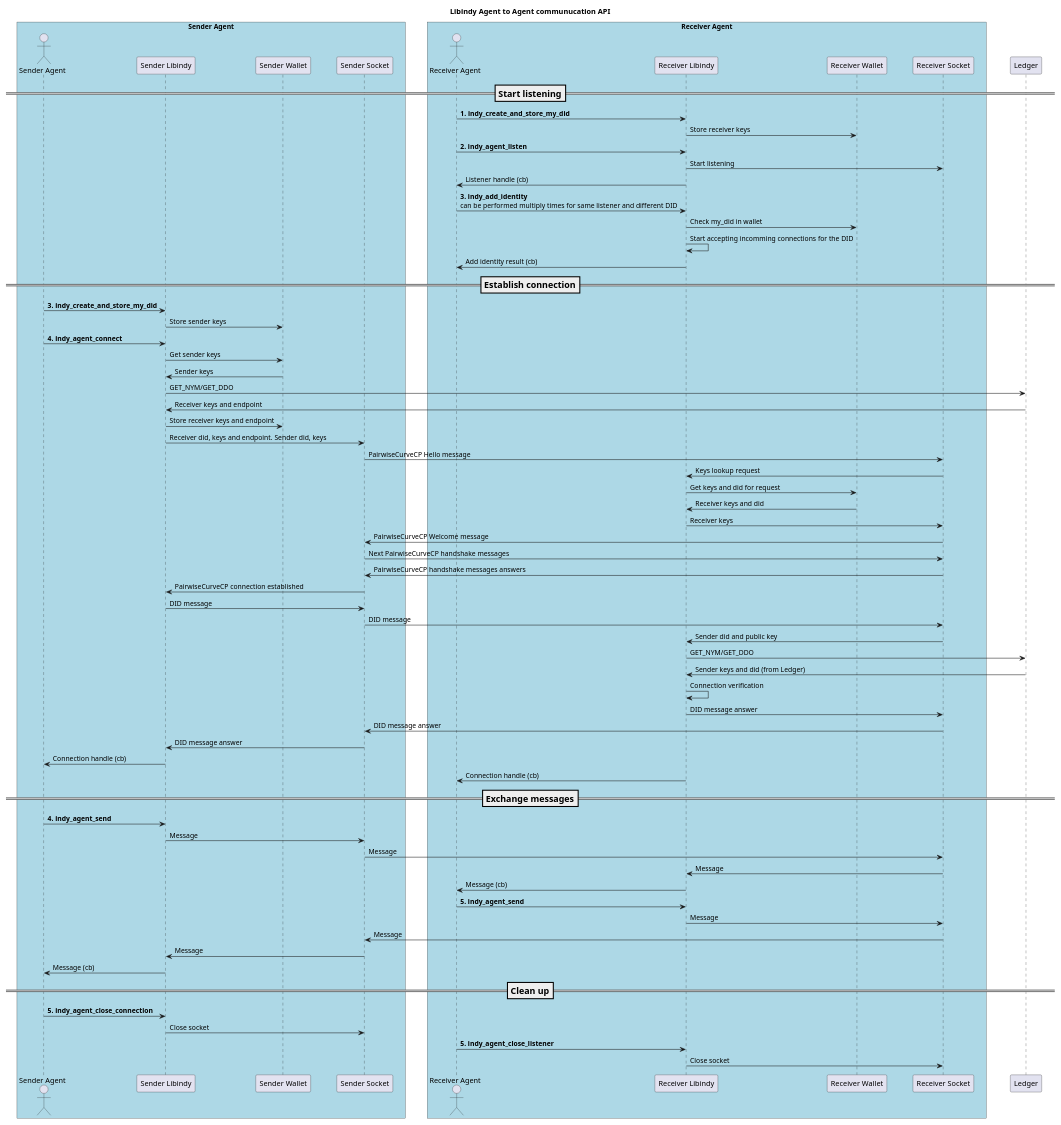
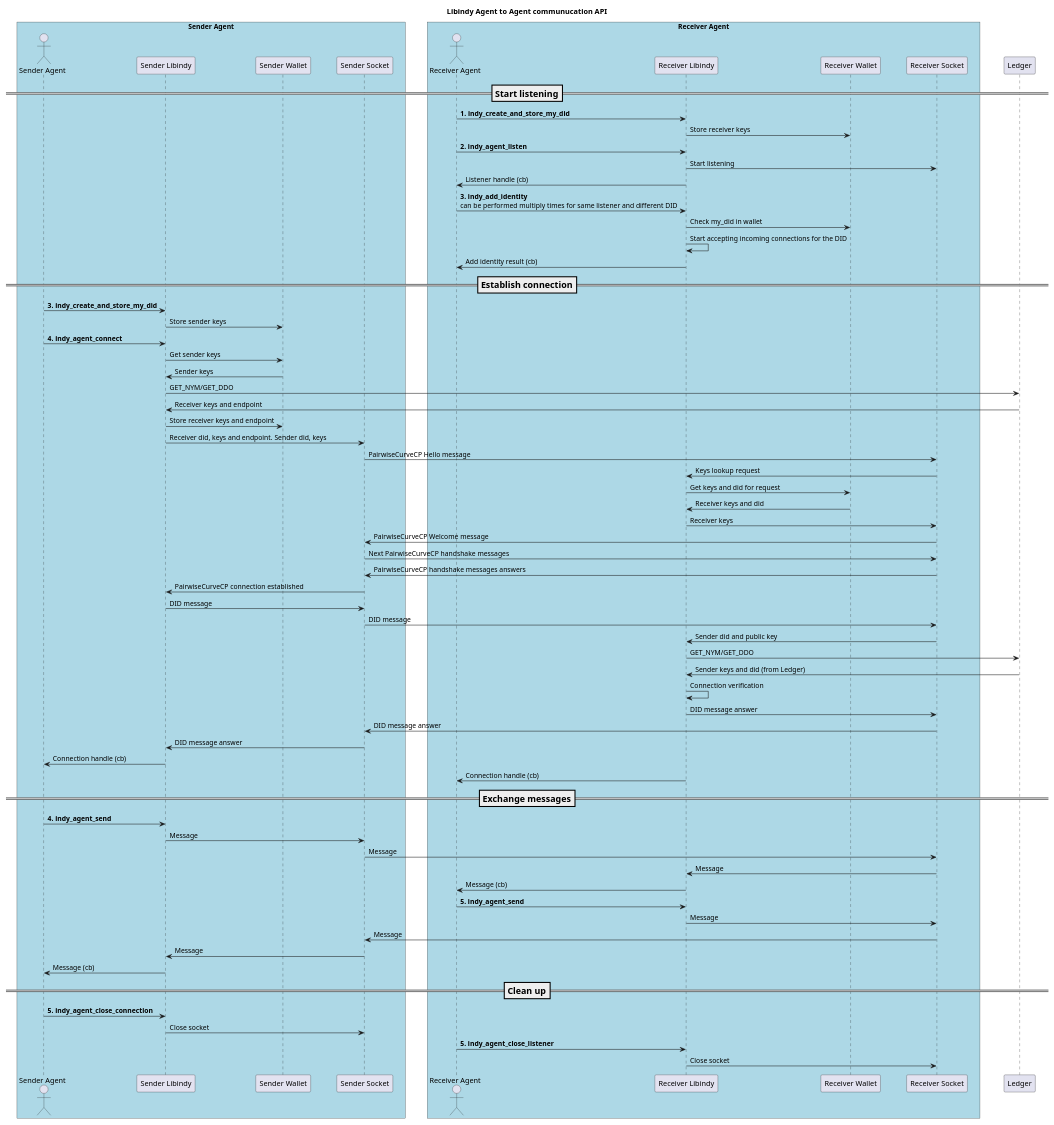
Before and after one commit to hyperledger-archives/indy-sdk: the diagram in doc/libindy-agent-2-agent.puml, drawn with PlantUML. The commit also changed 81 other files, not shown here.

```diff
--- a/doc/libindy-agent-2-agent.puml
+++ b/doc/libindy-agent-2-agent.puml
@@ -1,98 +1,98 @@
 @startuml
 skinparam ParticipantPadding 20
 skinparam BoxPadding 20
 
 title Libindy Agent to Agent communucation API
 scale 0.9
 
 box "Sender Agent" #LightBlue
 actor "Sender Agent" as SA
 participant "Sender Libindy" as SL
 participant "Sender Wallet" as SW
 participant "Sender Socket" as SS
 endbox
 
 box "Receiver Agent" #LightBlue
 actor "Receiver Agent" as RA
 participant "Receiver Libindy" as RL
 participant "Receiver Wallet" as RW
 participant "Receiver Socket" as RS
 endbox
 
 participant "Ledger" as L
 
 === Start listening ==
 
 RA -> RL: <b>1. indy_create_and_store_my_did
 RL -> RW: Store receiver keys
 
 RA -> RL: <b>2. indy_agent_listen
 RL -> RS: Start listening
 RL -> RA: Listener handle (cb)
 
 RA -> RL: <b>3. indy_add_identity \ncan be performed multiply times for same listener and different DID
 RL -> RW: Check my_did in wallet
-RL -> RL: Start accepting incomming connections for the DID
+RL -> RL: Start accepting incoming connections for the DID
 RL -> RA: Add identity result (cb)
 
 === Establish connection ==
 
 SA -> SL: <b>3. indy_create_and_store_my_did
 SL -> SW: Store sender keys
 
 SA -> SL: <b>4. indy_agent_connect
 SL -> SW: Get sender keys
 SW -> SL: Sender keys
 SL -> L: GET_NYM/GET_DDO
 L -> SL: Receiver keys and endpoint
 SL -> SW: Store receiver keys and endpoint
 
 SL -> SS: Receiver did, keys and endpoint. Sender did, keys
 
 SS -> RS: PairwiseCurveCP Hello message
 RS -> RL: Keys lookup request
 RL -> RW: Get keys and did for request
 RW -> RL: Receiver keys and did
 RL -> RS: Receiver keys
 RS -> SS: PairwiseCurveCP Welcome message
 
 SS -> RS: Next PairwiseCurveCP handshake messages
 RS -> SS: PairwiseCurveCP handshake messages answers
 
 SS -> SL: PairwiseCurveCP connection established
 
 SL -> SS: DID message
 SS -> RS: DID message
 RS -> RL: Sender did and public key
 RL -> L: GET_NYM/GET_DDO
 L -> RL: Sender keys and did (from Ledger)
 RL -> RL: Connection verification
 RL -> RS: DID message answer
 RS -> SS: DID message answer
 SS -> SL: DID message answer
 SL -> SA: Connection handle (cb)
 RL -> RA: Connection handle (cb)
 
 === Exchange messages ==
 
 SA -> SL: <b>4. indy_agent_send
 SL -> SS: Message
 SS -> RS: Message
 RS -> RL: Message
 RL -> RA: Message (cb)
 
 RA -> RL: <b>5. indy_agent_send
 RL -> RS: Message
 RS -> SS: Message
 SS -> SL: Message
 SL -> SA: Message (cb)
 
 === Clean up ==
 
 SA -> SL:  <b>5. indy_agent_close_connection
 SL -> SS: Close socket
 
 RA -> RL: <b>5. indy_agent_close_listener
 RL -> RS: Close socket
 
 @enduml
```
